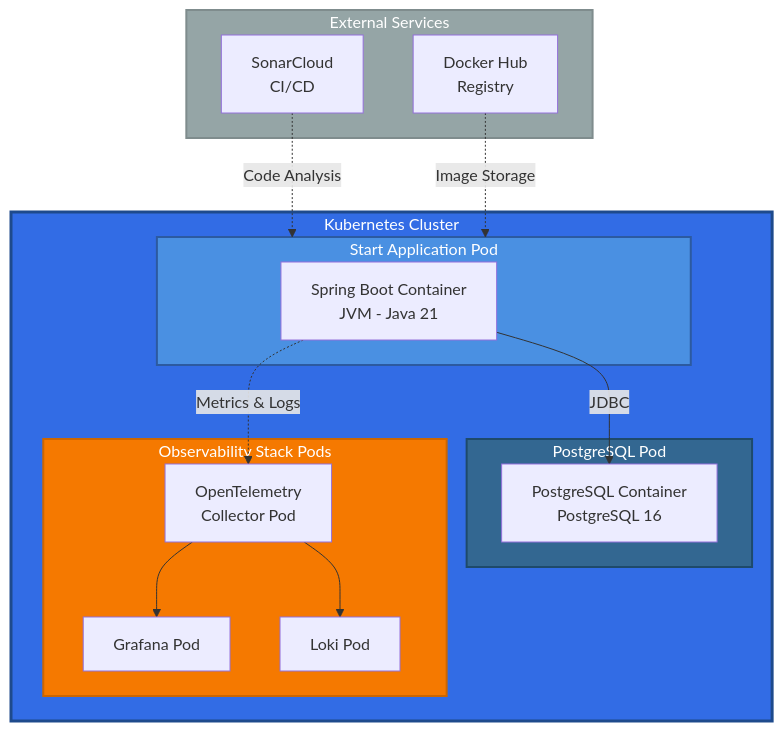
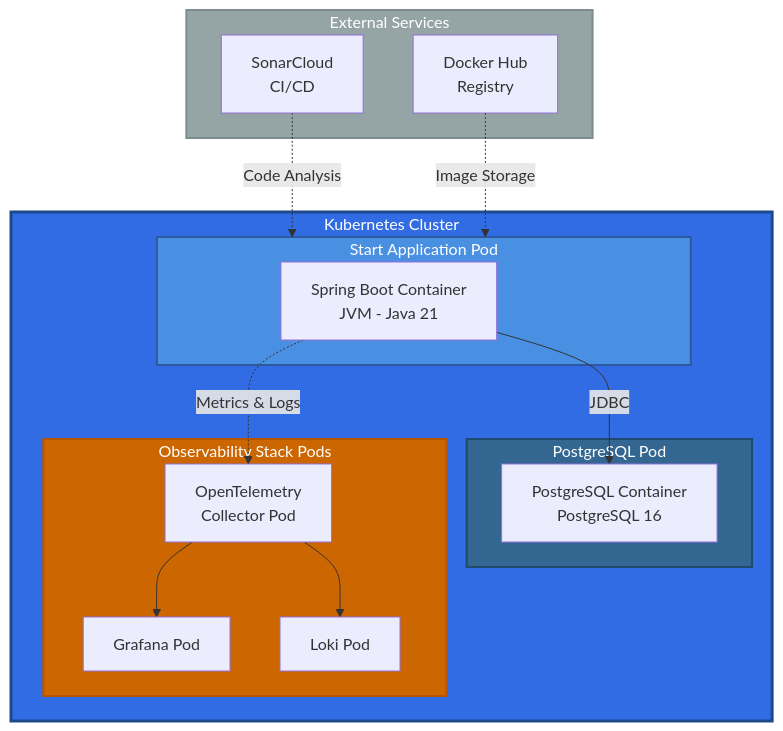
Before and after one commit to sovavibe/start: diagram 11 of 11 in docs/architecture/ARCHITECTURE.md, drawn with Mermaid. The commit also changed other lines of this file and 103 other files, not shown here.

````diff
--- a/docs/architecture/ARCHITECTURE.md
+++ b/docs/architecture/ARCHITECTURE.md
@@ -560,37 +560,37 @@
 ```mermaid
 graph TB
     subgraph K8s["Kubernetes Cluster"]
         subgraph AppPod["Start Application Pod"]
             AppContainer[Spring Boot Container<br/>JVM - Java 21]
         end
         
         subgraph DBPod["PostgreSQL Pod"]
             DBContainer[PostgreSQL Container<br/>PostgreSQL 16]
         end
         
         subgraph ObsPod["Observability Stack Pods"]
             OTelPod[OpenTelemetry<br/>Collector Pod]
             GrafanaPod[Grafana Pod]
             LokiPod[Loki Pod]
         end
     end
     
     subgraph External["External Services"]
         SonarCloud[SonarCloud<br/>CI/CD]
         DockerHub[Docker Hub<br/>Registry]
     end
     
     AppContainer -->|JDBC| DBContainer
     AppContainer -.->|Metrics & Logs| OTelPod
     OTelPod --> GrafanaPod
     OTelPod --> LokiPod
     
     SonarCloud -.->|Code Analysis| AppPod
     DockerHub -.->|Image Storage| AppPod
     
     style K8s fill:#326ce5,stroke:#1e4a8c,stroke-width:3px,color:#fff
     style External fill:#95a5a6,stroke:#7f8c8d,stroke-width:2px,color:#fff
     style AppPod fill:#4a90e2,stroke:#2c5aa0,stroke-width:2px,color:#fff
     style DBPod fill:#336791,stroke:#1e4a6b,stroke-width:2px,color:#fff
-    style ObsPod fill:#f57900,stroke:#cc6600,stroke-width:2px,color:#fff
+    style ObsPod fill:#cc6600,stroke:#b85500,stroke-width:2px,color:#fff
 ```
````
